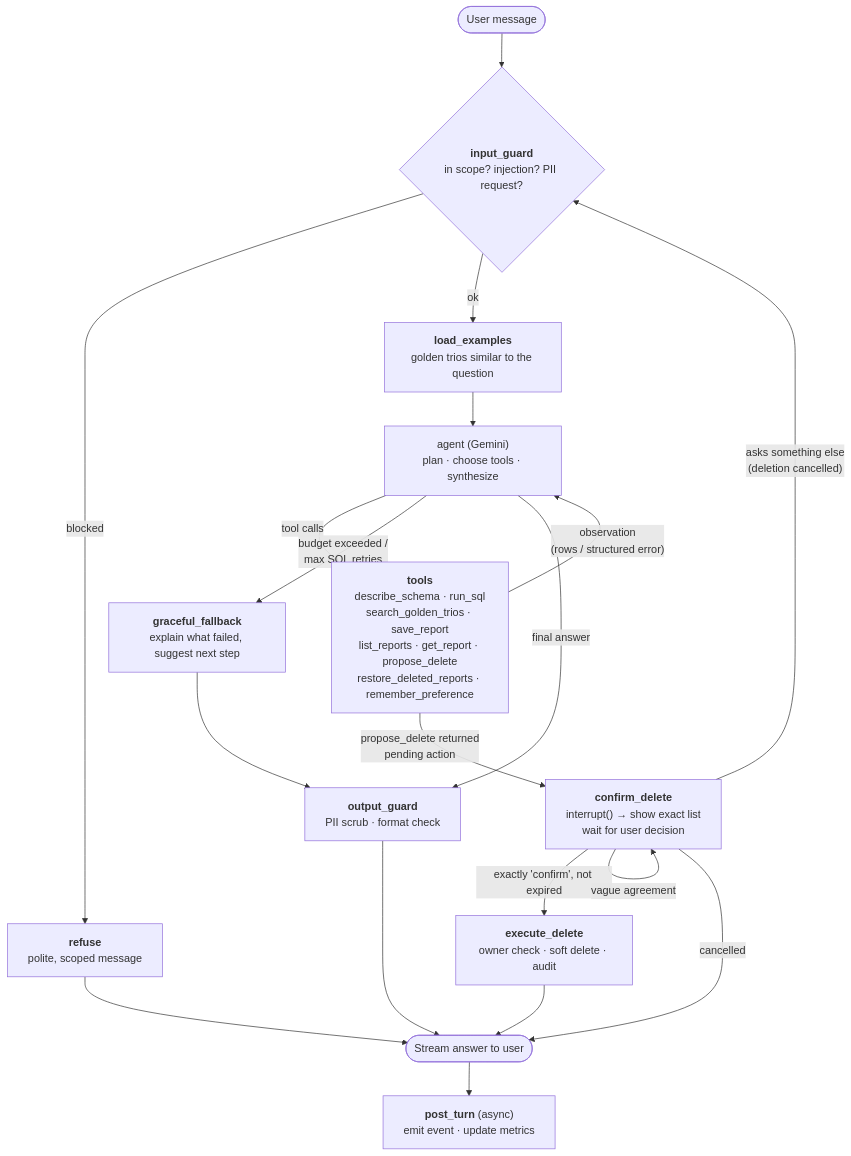
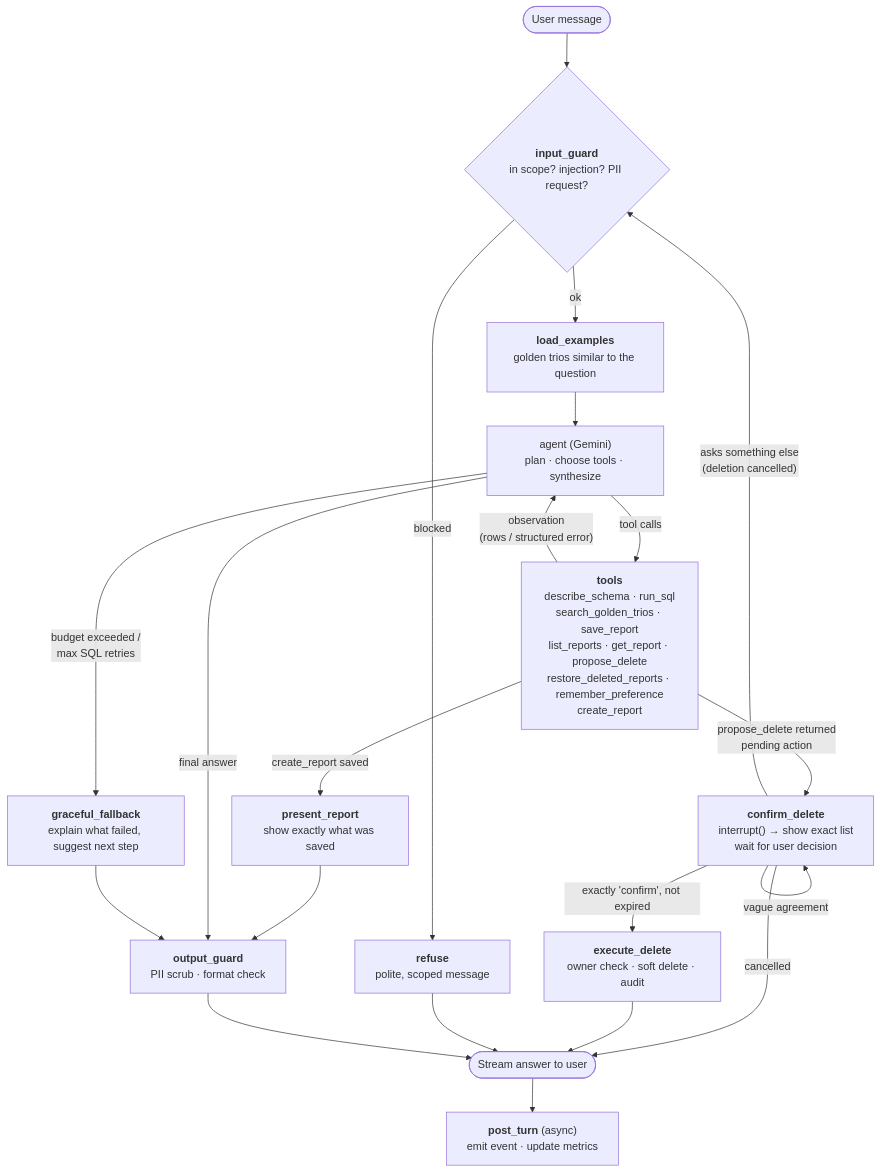
One commit to jbernardobvdias/ai-challange changed the second of 8 diagrams in docs/architecture.md. Above: the diagram before and after it, drawn with Mermaid. The commit also changed other lines of this file and 50 other files, not shown here.

````diff
--- a/docs/architecture.md
+++ b/docs/architecture.md
@@ -148,24 +148,26 @@
 ```mermaid
 flowchart TD
     START([User message]) --> IG{"<b>input_guard</b><br/>in scope? injection? PII request?"}
     IG -- "blocked" --> REFUSE["<b>refuse</b><br/>polite, scoped message"]
     IG -- "ok" --> EXAMPLES["<b>load_examples</b><br/>golden trios similar to the question"]
     EXAMPLES --> AGENT["agent (Gemini)<br/>plan · choose tools · synthesize"]
 
-    AGENT -- "tool calls" --> TOOLS["<b>tools</b><br/>describe_schema · run_sql<br/>search_golden_trios · save_report<br/>list_reports · get_report · propose_delete<br/>restore_deleted_reports · remember_preference"]
+    AGENT -- "tool calls" --> TOOLS["<b>tools</b><br/>describe_schema · run_sql<br/>search_golden_trios · save_report<br/>list_reports · get_report · propose_delete<br/>restore_deleted_reports · remember_preference<br/>create_report"]
     TOOLS -- "observation<br/>(rows / structured error)" --> AGENT
+    TOOLS -- "create_report saved" --> PRESENT["<b>present_report</b><br/>show exactly what was saved"]
+    PRESENT --> OG
 
     TOOLS -- "propose_delete returned<br/>pending action" --> CONFIRM["<b>confirm_delete</b><br/>interrupt() → show exact list<br/>wait for user decision"]
     CONFIRM -- "exactly 'confirm', not expired" --> EXEC["<b>execute_delete</b><br/>owner check · soft delete · audit"]
     CONFIRM -- "vague agreement" --> CONFIRM
     CONFIRM -- "cancelled" --> OUT
     CONFIRM -- "asks something else<br/>(deletion cancelled)" --> IG
     EXEC --> OUT
 
     AGENT -- "budget exceeded /<br/>max SQL retries" --> GIVEUP["<b>graceful_fallback</b><br/>explain what failed, suggest next step"]
     AGENT -- "final answer" --> OG["<b>output_guard</b><br/>PII scrub · format check"]
     GIVEUP --> OG
     REFUSE --> OUT
     OG --> OUT([Stream answer to user])
     OUT --> POST["<b>post_turn</b> (async)<br/>emit event · update metrics"]
 ```
````
